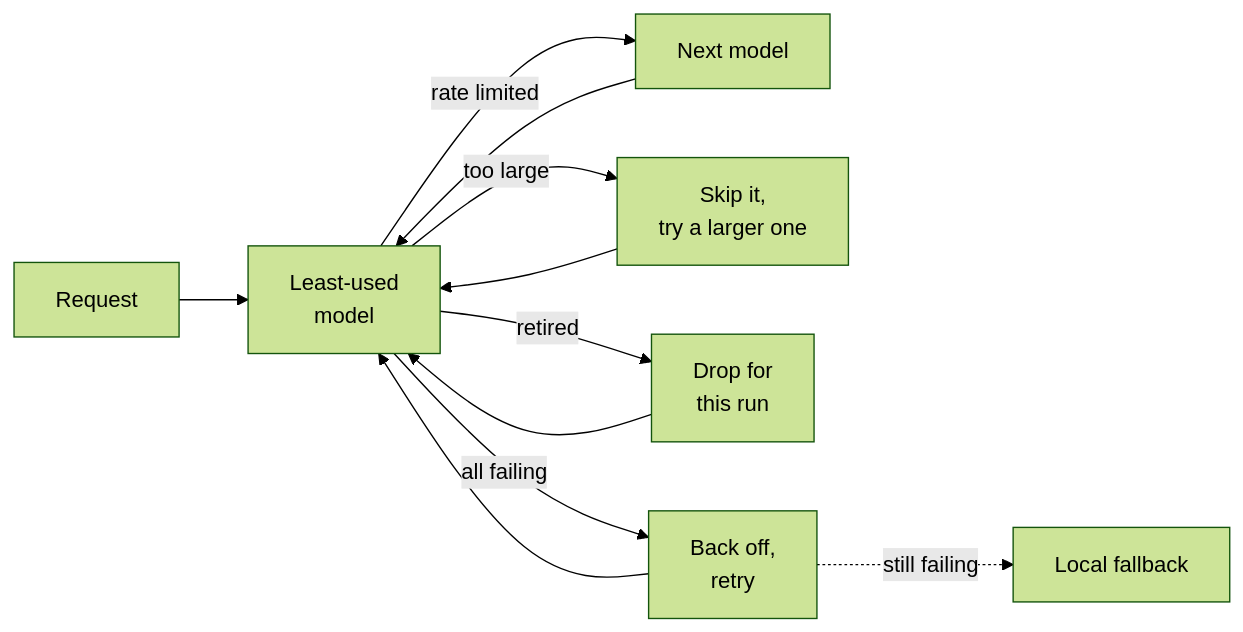
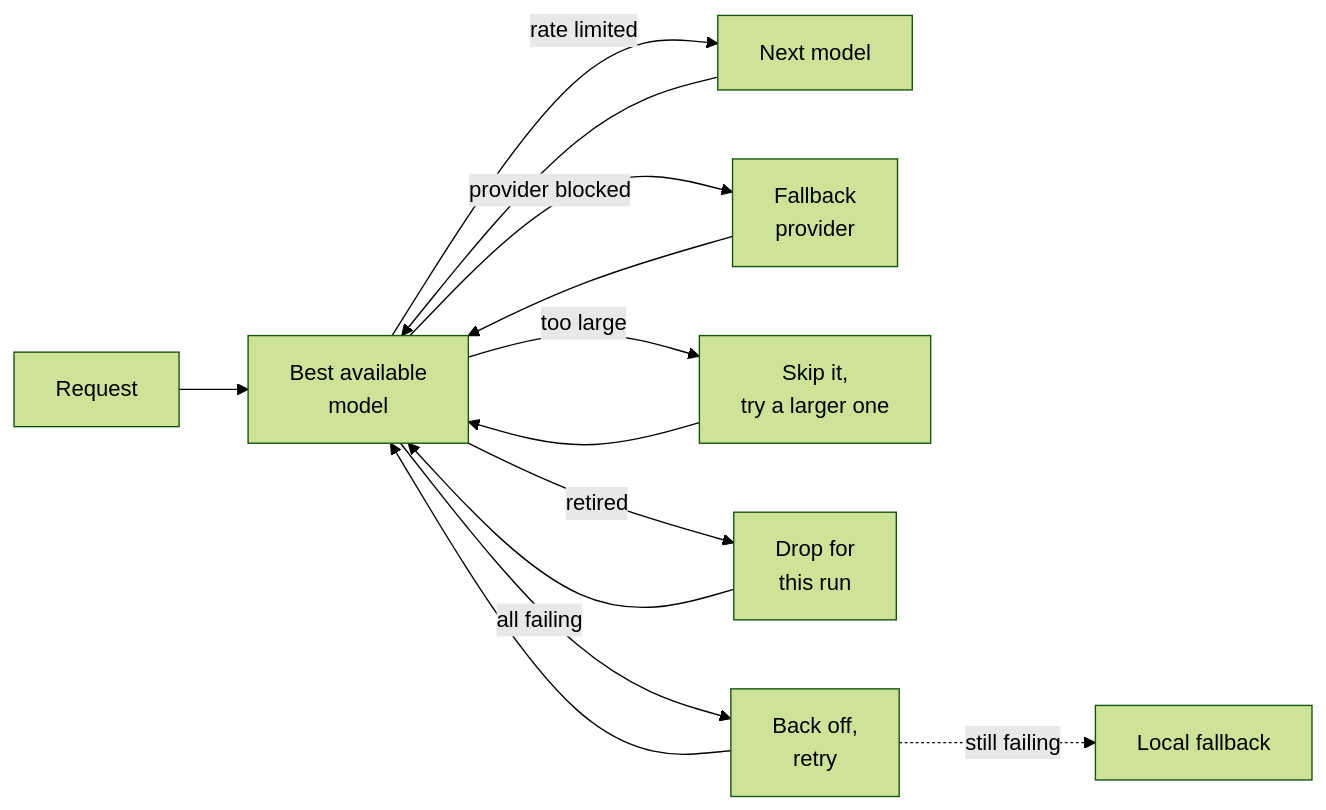
One commit to Sp1deyGen/vertexAIMonitor changed the third of 3 diagrams in README.md. Above: the diagram before and after it, drawn with Mermaid (forest theme). The commit also changed other lines of this file and 2 other files, not shown here.

Commit message:
Switch AI calls to apinex free models, keep Groq as fallback
Summaries, phrase-level diffs and reply drafting now go to apinex
(api.apinex.bond, free models on one daily token budget) instead of Groq.

- Models are tried best first (gemini-4-hydrogen, then qwen-3.8-max,
  kimi-k3, ... down to the flash models) rather than least-used, since
  the budget is account-wide, not per model. A model that keeps failing
  drops behind the healthy ones for the rest of the run.
- The pool is still discovered from the provider: only models that are
  free, open to free accounts and plain text join; aliases tagged
  unverified and routing ("decision") models are left out.
- A 401, or a 403 HTML page (Cloudflare/IP block), drops the whole
  provider for the run at once instead of walking every model. While
  GROQ_API_KEY is set, Groq's pool follows apinex's as a last resort.
- New manual-run option "llm_check" sends one tiny request to every
  model and reports which answer, with no poll and no email.

Existing token caps, retry rounds, Retry-After backoff, 413 and 404
handling are unchanged.

Claude-Session: https://claude.ai/code/session_01TaRo4M9k4U2UxMu2P8Tc7X

````diff
--- a/README.md
+++ b/README.md
@@ -106,9 +106,10 @@
 ```mermaid
 flowchart LR
-    C["Request"] --> L["Least-used<br/>model"]
+    C["Request"] --> L["Best available<br/>model"]
     L -- "rate limited" --> N["Next model"] --> L
+    L -- "provider blocked" --> P["Fallback<br/>provider"] --> L
     L -- "too large" --> S["Skip it,<br/>try a larger one"] --> L
     L -- "retired" --> B["Drop for<br/>this run"] --> L
     L -- "all failing" --> W["Back off,<br/>retry"] --> L
     W -. "still failing" .-> F["Local fallback"]
 ```
````
